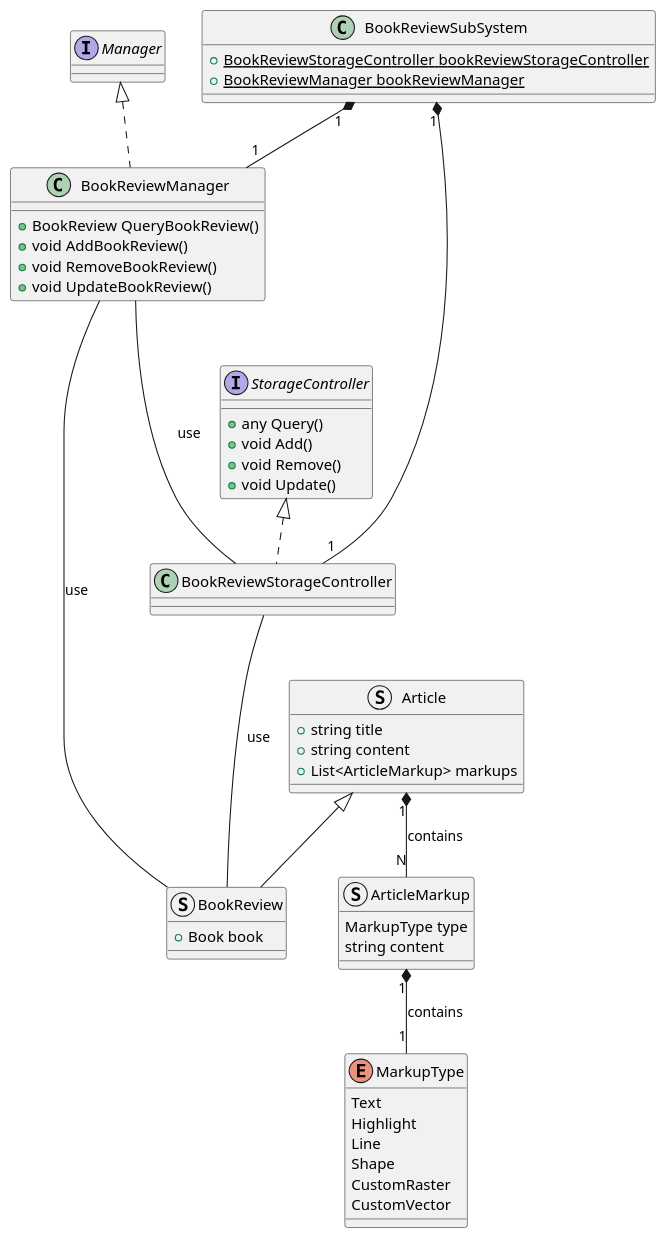
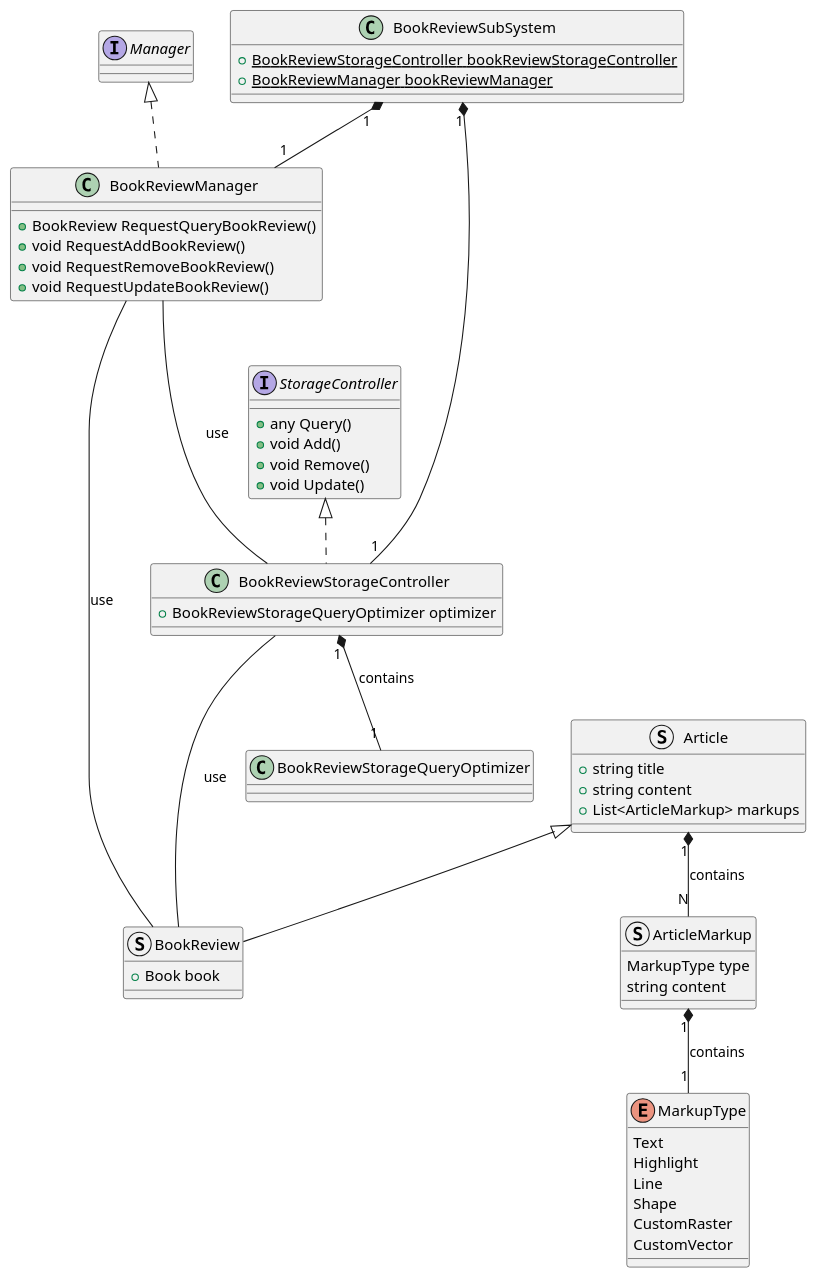
Before and after one commit to ShapeLayer/se-lecture-task__project-structure-definitions: the diagram in src/BookReview.puml, drawn with PlantUML. The commit also changed 1 other file, not shown here.

Commit message:
Add BookSuggestion SubSystem Structure to Support AI Module

```diff
--- a/src/BookReview.puml
+++ b/src/BookReview.puml
@@ -1,60 +1,64 @@
 @startuml
 Interface Manager
 Interface StorageController {
     + any Query()
     + void Add()
     + void Remove()
     + void Update()
 }
 
 enum MarkupType {
     Text
     Highlight
     Line
     Shape
     CustomRaster
     CustomVector
 }
 
 struct ArticleMarkup {
     MarkupType type
     string content
 }
 
 ArticleMarkup "1" *-- "1" MarkupType : contains
 
 struct Article {
     + string title
     + string content
     + List<ArticleMarkup> markups
 }
 
 Article "1" *-- "N" ArticleMarkup : contains
 
 struct BookReview extends Article {
     + Book book
 }
 
 class BookReviewManager implements Manager {
-    + BookReview QueryBookReview()
-    + void AddBookReview()
-    + void RemoveBookReview()
-    + void UpdateBookReview()
+    + BookReview RequestQueryBookReview()
+    + void RequestAddBookReview()
+    + void RequestRemoveBookReview()
+    + void RequestUpdateBookReview()
 }
 
 BookReviewManager --- BookReview : use
 BookReviewManager --- BookReviewStorageController : use
 
-class BookReviewStorageController implements StorageController {}
+class BookReviewStorageQueryOptimizer {}
+class BookReviewStorageController implements StorageController {
+    + BookReviewStorageQueryOptimizer optimizer
+}
+BookReviewStorageController "1" *-- "1" BookReviewStorageQueryOptimizer : contains
 
 BookReviewStorageController --- BookReview : use
 
 ' BookReview SubSystem
 
 class BookReviewSubSystem {
     + {static} BookReviewStorageController bookReviewStorageController
     + {static} BookReviewManager bookReviewManager
 }
 BookReviewSubSystem "1" *-- "1" BookReviewStorageController
 BookReviewSubSystem "1" *-- "1" BookReviewManager
 @enduml
```
